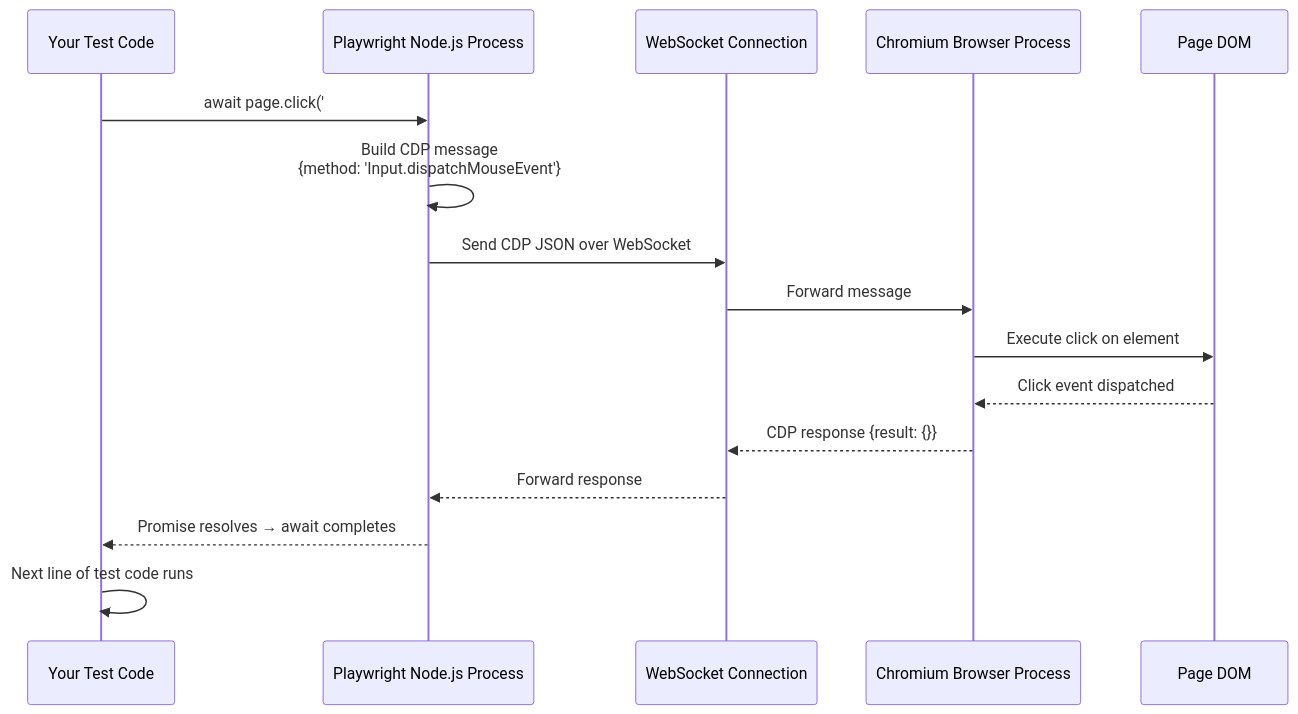
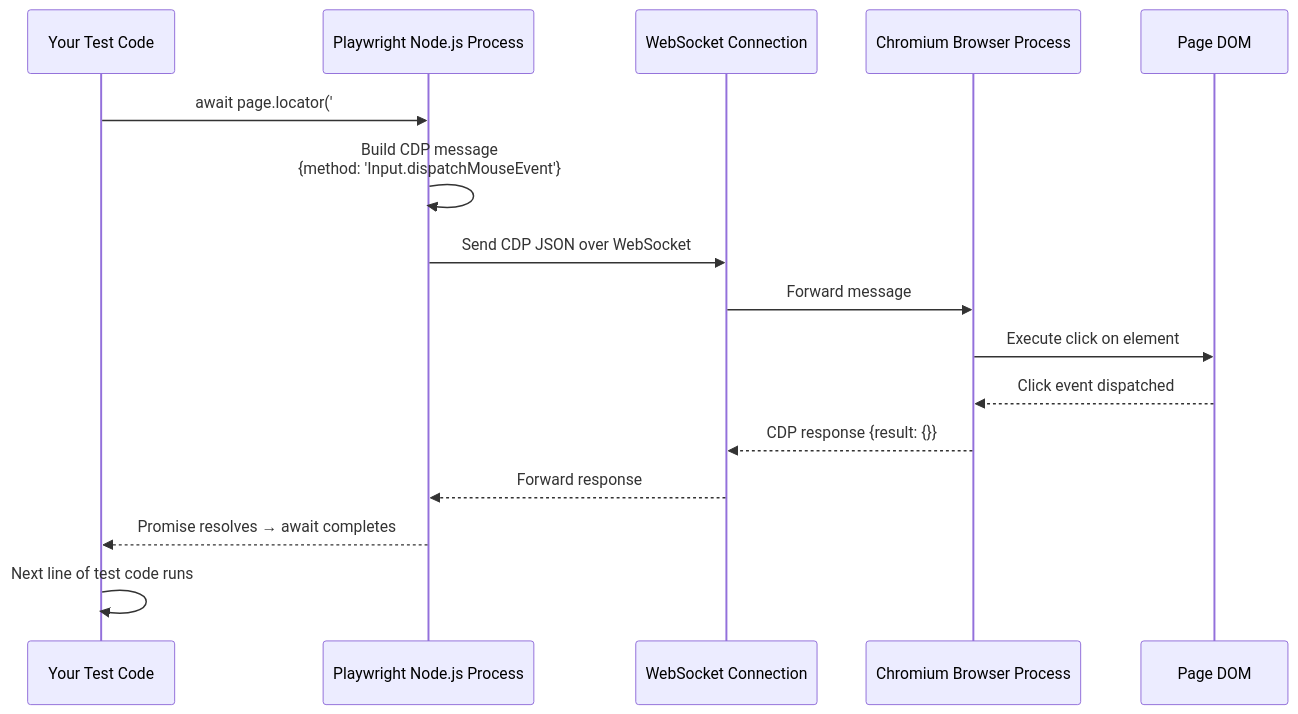
The first of 2 diagrams in 21_SDET_Playwright_Automation/01_Foundations/01_Playwright_TS_Basics.md (SaiHarsha502vvit/Daily-Prep), drawn with Mermaid before and after one commit. The commit also changed other lines of this file and 3 other files, not shown here.

````diff
--- a/21_SDET_Playwright_Automation/01_Foundations/01_Playwright_TS_Basics.md
+++ b/21_SDET_Playwright_Automation/01_Foundations/01_Playwright_TS_Basics.md
@@ -829,19 +831,19 @@
 ```mermaid
 sequenceDiagram
     participant Test as Your Test Code
     participant PW as Playwright Node.js Process
     participant WS as WebSocket Connection
     participant Browser as Chromium Browser Process
     participant DOM as Page DOM
 
-    Test->>PW: await page.click('#submit')
+    Test->>PW: await page.locator('#submit').click()
     PW->>PW: Build CDP message<br/>{method: 'Input.dispatchMouseEvent'}
     PW->>WS: Send CDP JSON over WebSocket
     WS->>Browser: Forward message
     Browser->>DOM: Execute click on element
     DOM-->>Browser: Click event dispatched
     Browser-->>WS: CDP response {result: {}}
     WS-->>PW: Forward response
     PW-->>Test: Promise resolves → await completes
     Test->>Test: Next line of test code runs
 ```
````
